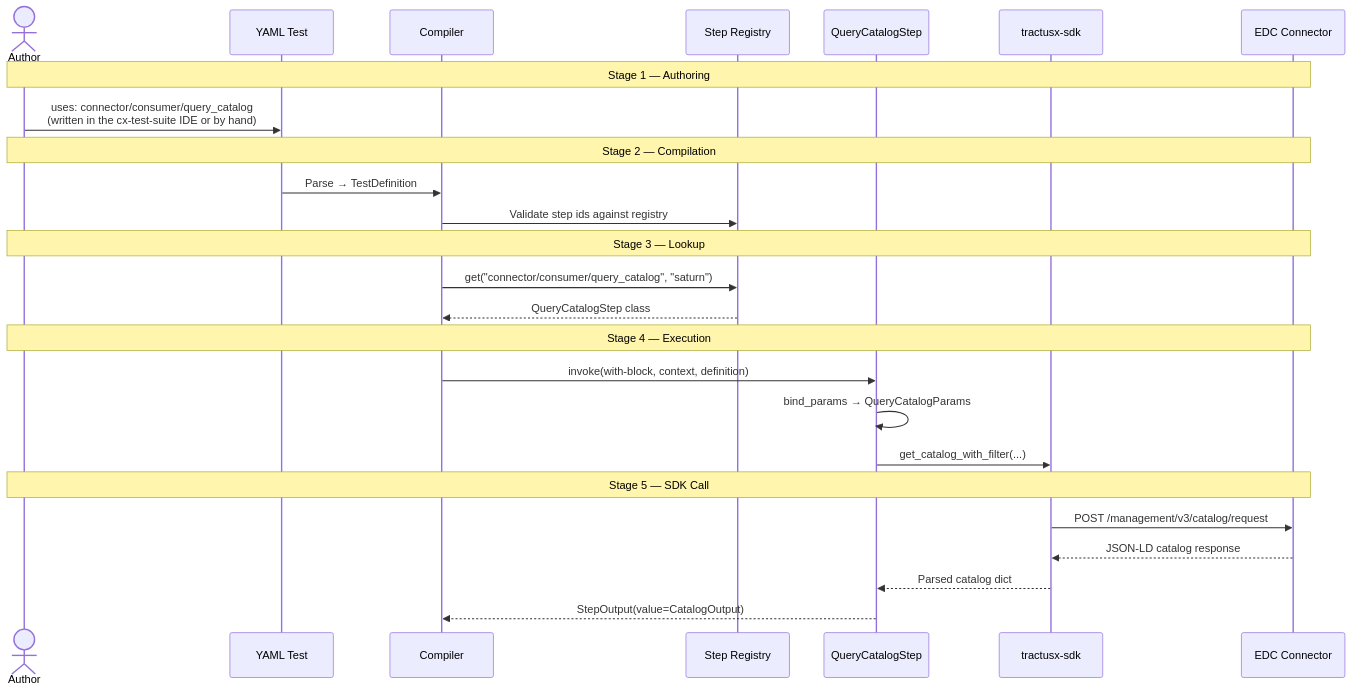
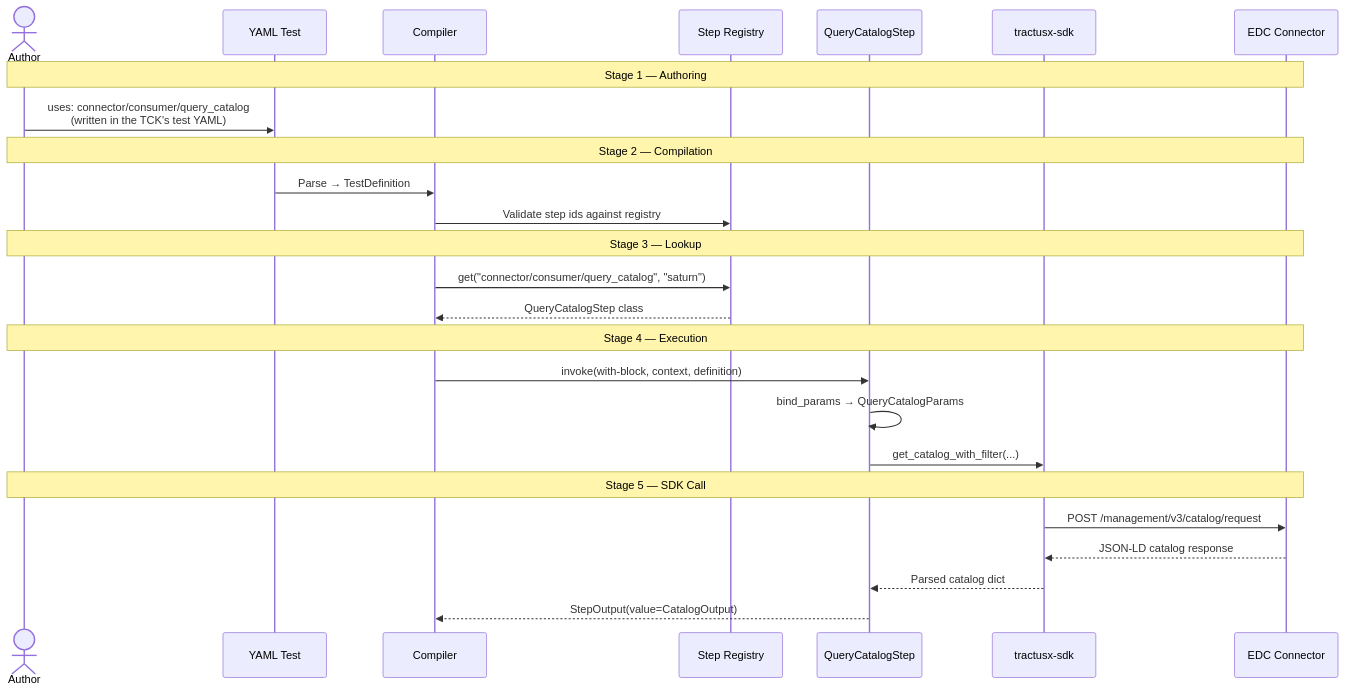
One commit to eclipse-tractusx/tractusx-testlab changed the fourth of 5 diagrams in docs/developer/block-lifecycle.md. Above: the diagram before and after it, drawn with Mermaid. The commit also changed other lines of this file and 155 other files, not shown here.

````diff
--- a/docs/developer/block-lifecycle.md
+++ b/docs/developer/block-lifecycle.md
@@ -329,32 +325,32 @@
 ```mermaid
 sequenceDiagram
     actor Author
     participant YAML as YAML Test
     participant Compiler as Compiler
     participant Registry as Step Registry
     participant Executor as QueryCatalogStep
     participant SDK as tractusx-sdk
     participant EDC as EDC Connector
 
     Note over Author,EDC: Stage 1 — Authoring
-    Author->>YAML: uses: connector/consumer/query_catalog<br/>(written in the cx-test-suite IDE or by hand)
+    Author->>YAML: uses: connector/consumer/query_catalog<br/>(written in the TCK's test YAML)
 
     Note over Author,EDC: Stage 2 — Compilation
     YAML->>Compiler: Parse → TestDefinition
     Compiler->>Registry: Validate step ids against registry
 
     Note over Author,EDC: Stage 3 — Lookup
     Compiler->>Registry: get("connector/consumer/query_catalog", "saturn")
     Registry-->>Compiler: QueryCatalogStep class
 
     Note over Author,EDC: Stage 4 — Execution
     Compiler->>Executor: invoke(with-block, context, definition)
     Executor->>Executor: bind_params → QueryCatalogParams
     Executor->>SDK: get_catalog_with_filter(...)
 
     Note over Author,EDC: Stage 5 — SDK Call
     SDK->>EDC: POST /management/v3/catalog/request
     EDC-->>SDK: JSON-LD catalog response
     SDK-->>Executor: Parsed catalog dict
     Executor-->>Compiler: StepOutput(value=CatalogOutput)
 ```
````
